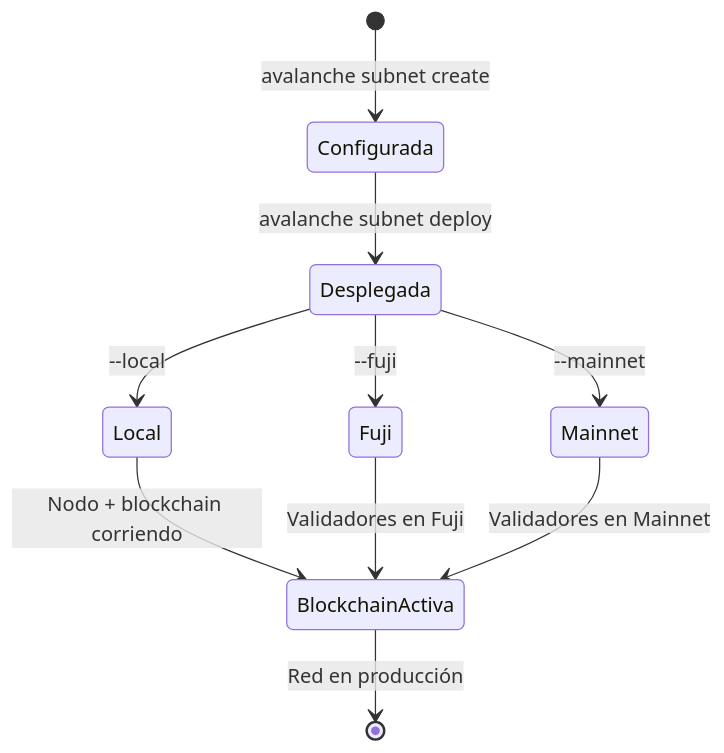
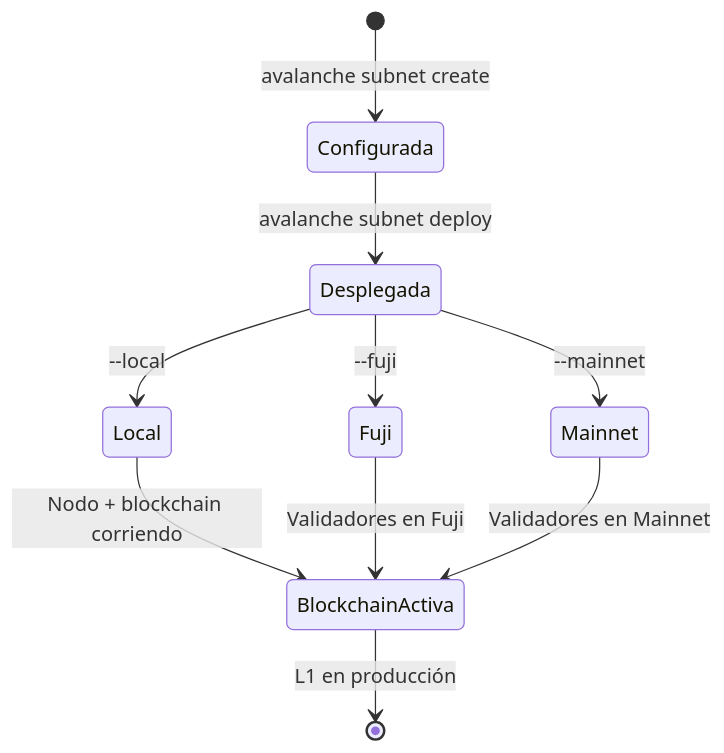
Before and after one commit to MarxMad/Avax-Guide: the seventh of 8 diagrams in semana-2/01-subnets-avalanche9000.md, drawn with Mermaid. The commit also changed other lines of this file and 10 other files, not shown here.

````diff
--- a/semana-2/01-subnets-avalanche9000.md
+++ b/semana-2/01-subnets-avalanche9000.md
@@ -254,12 +256,12 @@
 ```mermaid
 stateDiagram-v2
     [*] --> Configurada: avalanche subnet create
     Configurada --> Desplegada: avalanche subnet deploy
     Desplegada --> Local: --local
     Desplegada --> Fuji: --fuji
     Desplegada --> Mainnet: --mainnet
     Local --> BlockchainActiva: Nodo + blockchain corriendo
     Fuji --> BlockchainActiva: Validadores en Fuji
     Mainnet --> BlockchainActiva: Validadores en Mainnet
-    BlockchainActiva --> [*]: Red en producción
+    BlockchainActiva --> [*]: L1 en producción
 ```
````
